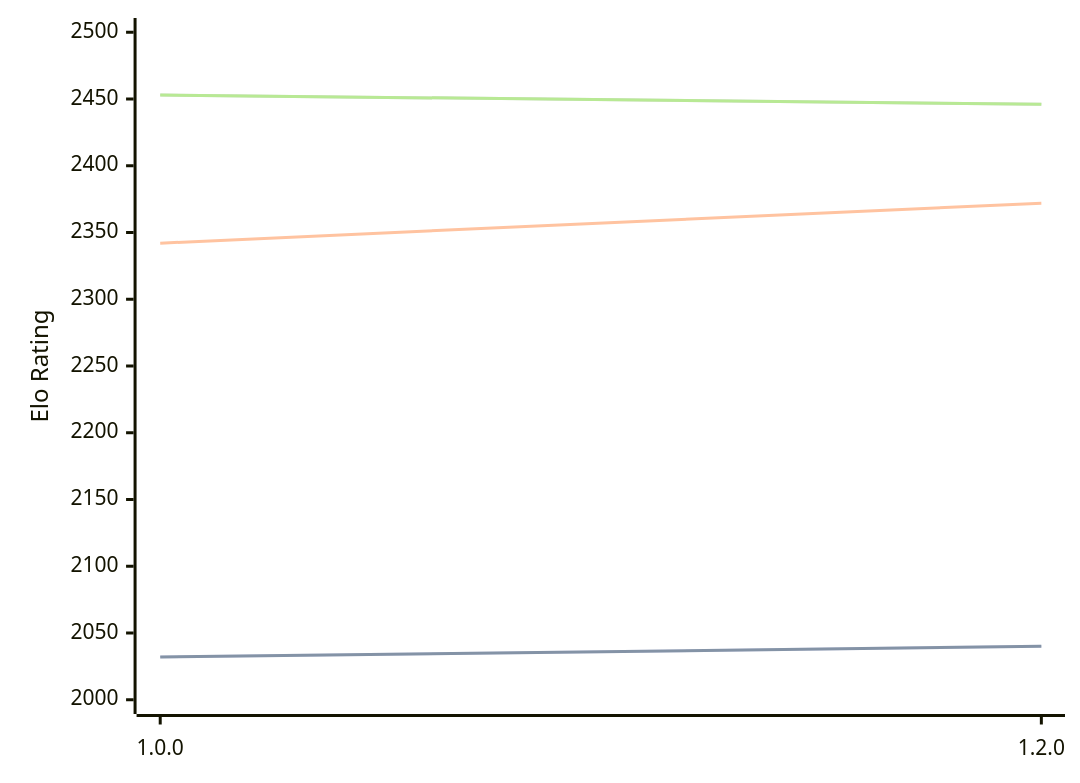
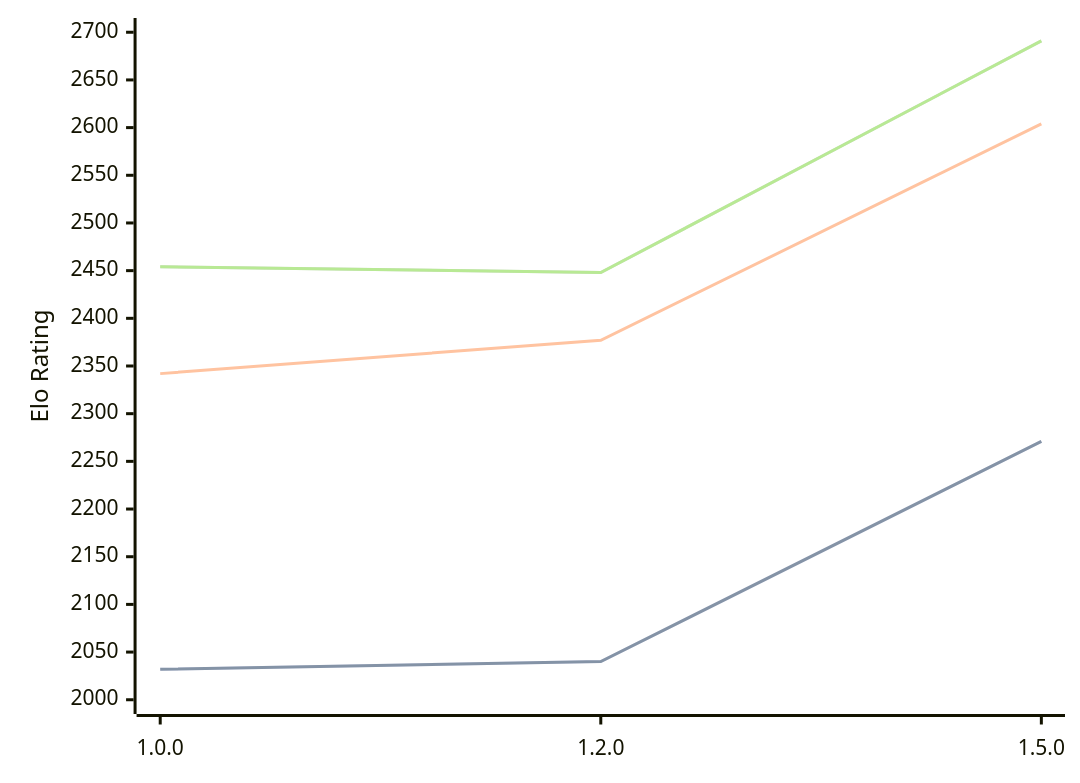
One commit to computer-chess-index/cci changed the diagram in engines/Basilisk.md. Above: the diagram before and after it, drawn with Mermaid. The commit also changed other lines of this file, not shown here.

Commit message:
Update CCI Ratings (ELO VLTC) - 2026-06-11

````diff
--- a/engines/Basilisk.md
+++ b/engines/Basilisk.md
@@ -47,11 +48,11 @@
 ```mermaid
 %%{init: {"theme":"base","themeVariables":{"seriesColors:['#a3a3a3','#222221','#faa371']}}}%%
 xychart-beta
-  x-axis ["1.0.0", "1.2.0"]
-  y-axis "Elo Rating" 2000 --> 2500
-  line "STC (8.0+0.08s)" [2032, 2040]
-  line "STC (8.0+0.08s)" [2032, 2040]
-  line "LTC (60.0+0.60s)" [2342, 2372]
-  line "VLTC (2m24s+1.12s)" [2453, 2446]
-  line "VLTC (2m24s+1.12s)" [2453, 2446]
+  x-axis ["1.0.0", "1.2.0", "1.5.0"]
+  y-axis "Elo Rating" 2000 --> 2700
+  line "STC (8.0+0.08s)" [2032, 2040, 2271]
+  line "STC (8.0+0.08s)" [2032, 2040, 2271]
+  line "LTC (60.0+0.60s)" [2342, 2377, 2604]
+  line "VLTC (2m24s+1.12s)" [2454, 2448, 2691]
+  line "VLTC (2m24s+1.12s)" [2454, 2448, 2691]
 ```
````
